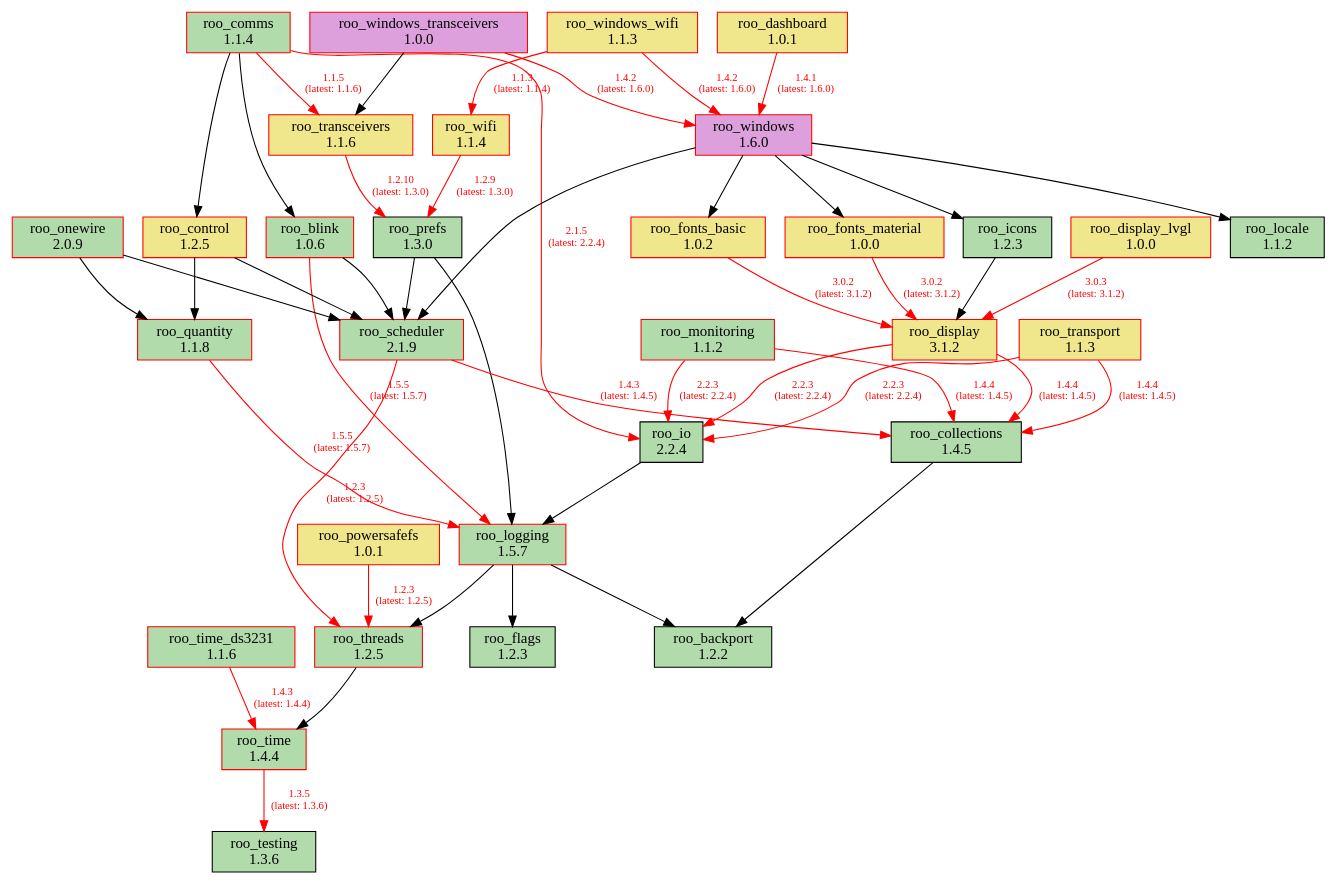
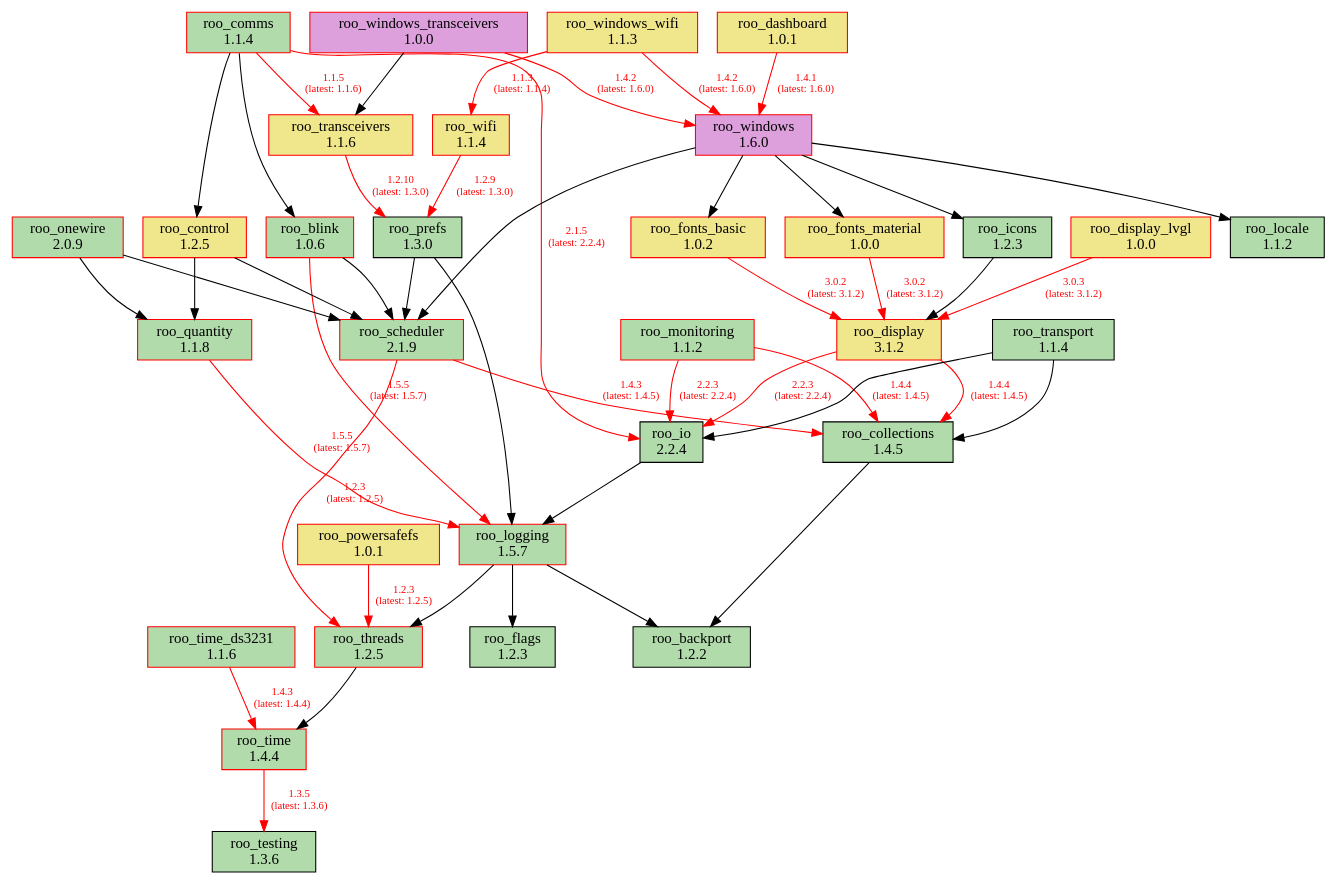
One commit to dejwk/roo-registry changed the diagram in doc/dependencies.dot. Above: the diagram before and after it, drawn with Graphviz. The commit also changed 3 other files, not shown here.

Commit message:
Added roo_transport 1.1.4 to the registry.

```diff
--- a/doc/dependencies.dot
+++ b/doc/dependencies.dot
@@ -1,86 +1,86 @@
 digraph dependencies {
     rankdir=TB;
     node [shape=box, style=filled];
     edge [fontsize=10];
 
     // Modules
     "roo_backport" [label="roo_backport\n1.2.2", fillcolor="#b1dbab", color="black"];
     "roo_blink" [label="roo_blink\n1.0.6", fillcolor="#b1dbab", color="red"];
     "roo_collections" [label="roo_collections\n1.4.5", fillcolor="#b1dbab", color="black"];
     "roo_comms" [label="roo_comms\n1.1.4", fillcolor="#b1dbab", color="red"];
     "roo_control" [label="roo_control\n1.2.5", fillcolor="khaki", color="red"];
     "roo_dashboard" [label="roo_dashboard\n1.0.1", fillcolor="khaki", color="red"];
     "roo_display" [label="roo_display\n3.1.2", fillcolor="khaki", color="red"];
     "roo_display_lvgl" [label="roo_display_lvgl\n1.0.0", fillcolor="khaki", color="red"];
     "roo_flags" [label="roo_flags\n1.2.3", fillcolor="#b1dbab", color="black"];
     "roo_fonts_basic" [label="roo_fonts_basic\n1.0.2", fillcolor="khaki", color="red"];
     "roo_fonts_material" [label="roo_fonts_material\n1.0.0", fillcolor="khaki", color="red"];
     "roo_icons" [label="roo_icons\n1.2.3", fillcolor="#b1dbab", color="black"];
     "roo_io" [label="roo_io\n2.2.4", fillcolor="#b1dbab", color="black"];
     "roo_locale" [label="roo_locale\n1.1.2", fillcolor="#b1dbab", color="black"];
     "roo_logging" [label="roo_logging\n1.5.7", fillcolor="#b1dbab", color="red"];
     "roo_monitoring" [label="roo_monitoring\n1.1.2", fillcolor="#b1dbab", color="red"];
     "roo_onewire" [label="roo_onewire\n2.0.9", fillcolor="#b1dbab", color="red"];
     "roo_powersafefs" [label="roo_powersafefs\n1.0.1", fillcolor="khaki", color="red"];
     "roo_prefs" [label="roo_prefs\n1.3.0", fillcolor="#b1dbab", color="black"];
     "roo_quantity" [label="roo_quantity\n1.1.8", fillcolor="#b1dbab", color="red"];
     "roo_scheduler" [label="roo_scheduler\n2.1.9", fillcolor="#b1dbab", color="red"];
     "roo_testing" [label="roo_testing\n1.3.6", fillcolor="#b1dbab", color="black"];
     "roo_threads" [label="roo_threads\n1.2.5", fillcolor="#b1dbab", color="red"];
     "roo_time" [label="roo_time\n1.4.4", fillcolor="#b1dbab", color="red"];
     "roo_time_ds3231" [label="roo_time_ds3231\n1.1.6", fillcolor="#b1dbab", color="red"];
     "roo_transceivers" [label="roo_transceivers\n1.1.6", fillcolor="khaki", color="red"];
-    "roo_transport" [label="roo_transport\n1.1.3", fillcolor="khaki", color="red"];
+    "roo_transport" [label="roo_transport\n1.1.4", fillcolor="#b1dbab", color="black"];
     "roo_wifi" [label="roo_wifi\n1.1.4", fillcolor="khaki", color="red"];
     "roo_windows" [label="roo_windows\n1.6.0", fillcolor="plum", color="red"];
     "roo_windows_transceivers" [label="roo_windows_transceivers\n1.0.0", fillcolor="plum", color="red"];
     "roo_windows_wifi" [label="roo_windows_wifi\n1.1.3", fillcolor="khaki", color="red"];
 
     // Dependencies
     "roo_blink" -> "roo_logging" [color=red, fontcolor=red, label="1.5.5\n(latest: 1.5.7)"];
     "roo_blink" -> "roo_scheduler";
     "roo_collections" -> "roo_backport";
     "roo_comms" -> "roo_blink";
     "roo_comms" -> "roo_control";
     "roo_comms" -> "roo_io" [color=red, fontcolor=red, label="2.1.5\n(latest: 2.2.4)"];
     "roo_comms" -> "roo_transceivers" [color=red, fontcolor=red, label="1.1.5\n(latest: 1.1.6)"];
     "roo_control" -> "roo_quantity";
     "roo_control" -> "roo_scheduler";
     "roo_dashboard" -> "roo_windows" [color=red, fontcolor=red, label="1.4.1\n(latest: 1.6.0)"];
     "roo_display" -> "roo_collections" [color=red, fontcolor=red, label="1.4.4\n(latest: 1.4.5)"];
     "roo_display" -> "roo_io" [color=red, fontcolor=red, label="2.2.3\n(latest: 2.2.4)"];
     "roo_display_lvgl" -> "roo_display" [color=red, fontcolor=red, label="3.0.3\n(latest: 3.1.2)"];
     "roo_fonts_basic" -> "roo_display" [color=red, fontcolor=red, label="3.0.2\n(latest: 3.1.2)"];
     "roo_fonts_material" -> "roo_display" [color=red, fontcolor=red, label="3.0.2\n(latest: 3.1.2)"];
     "roo_icons" -> "roo_display";
     "roo_io" -> "roo_logging";
     "roo_logging" -> "roo_backport";
     "roo_logging" -> "roo_flags";
     "roo_logging" -> "roo_threads";
     "roo_monitoring" -> "roo_collections" [color=red, fontcolor=red, label="1.4.4\n(latest: 1.4.5)"];
     "roo_monitoring" -> "roo_io" [color=red, fontcolor=red, label="2.2.3\n(latest: 2.2.4)"];
     "roo_onewire" -> "roo_scheduler";
     "roo_onewire" -> "roo_quantity";
     "roo_powersafefs" -> "roo_threads" [color=red, fontcolor=red, label="1.2.3\n(latest: 1.2.5)"];
     "roo_prefs" -> "roo_logging";
     "roo_prefs" -> "roo_scheduler";
     "roo_quantity" -> "roo_logging" [color=red, fontcolor=red, label="1.5.5\n(latest: 1.5.7)"];
     "roo_scheduler" -> "roo_collections" [color=red, fontcolor=red, label="1.4.3\n(latest: 1.4.5)"];
     "roo_scheduler" -> "roo_threads" [color=red, fontcolor=red, label="1.2.3\n(latest: 1.2.5)"];
     "roo_threads" -> "roo_time";
     "roo_time" -> "roo_testing" [color=red, fontcolor=red, label="1.3.5\n(latest: 1.3.6)"];
     "roo_time_ds3231" -> "roo_time" [color=red, fontcolor=red, label="1.4.3\n(latest: 1.4.4)"];
     "roo_transceivers" -> "roo_prefs" [color=red, fontcolor=red, label="1.2.10\n(latest: 1.3.0)"];
-    "roo_transport" -> "roo_collections" [color=red, fontcolor=red, label="1.4.4\n(latest: 1.4.5)"];
-    "roo_transport" -> "roo_io" [color=red, fontcolor=red, label="2.2.3\n(latest: 2.2.4)"];
+    "roo_transport" -> "roo_collections";
+    "roo_transport" -> "roo_io";
     "roo_wifi" -> "roo_prefs" [color=red, fontcolor=red, label="1.2.9\n(latest: 1.3.0)"];
     "roo_windows" -> "roo_fonts_basic";
     "roo_windows" -> "roo_fonts_material";
     "roo_windows" -> "roo_locale";
     "roo_windows" -> "roo_icons";
     "roo_windows" -> "roo_scheduler";
     "roo_windows_transceivers" -> "roo_transceivers";
     "roo_windows_transceivers" -> "roo_windows" [color=red, fontcolor=red, label="1.4.2\n(latest: 1.6.0)"];
     "roo_windows_wifi" -> "roo_wifi" [color=red, fontcolor=red, label="1.1.3\n(latest: 1.1.4)"];
     "roo_windows_wifi" -> "roo_windows" [color=red, fontcolor=red, label="1.4.2\n(latest: 1.6.0)"];
 }
```
